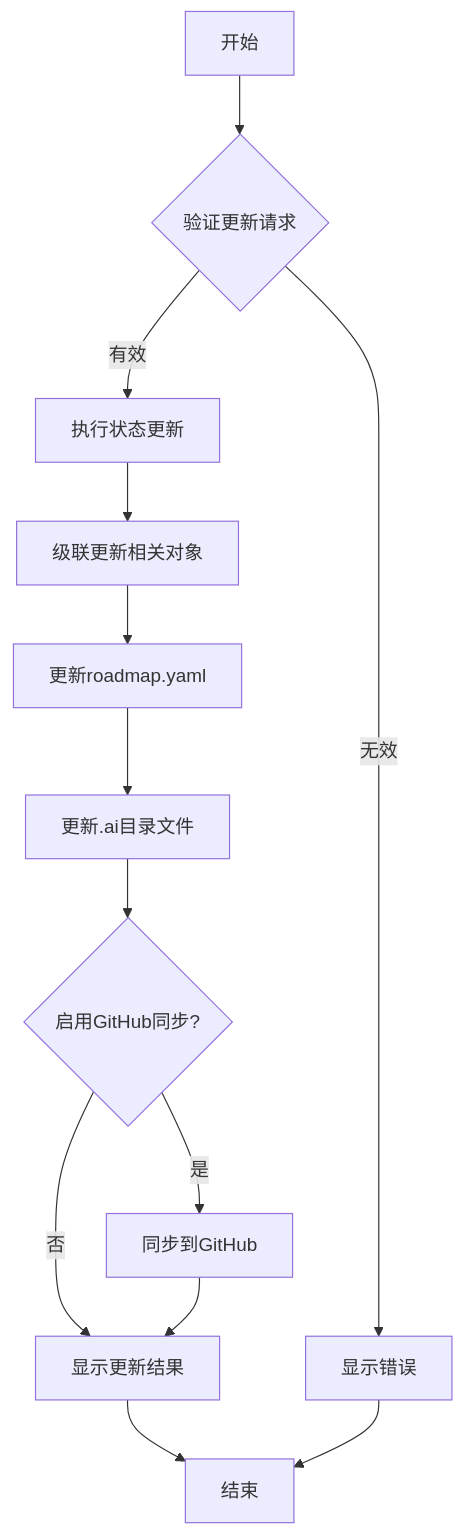
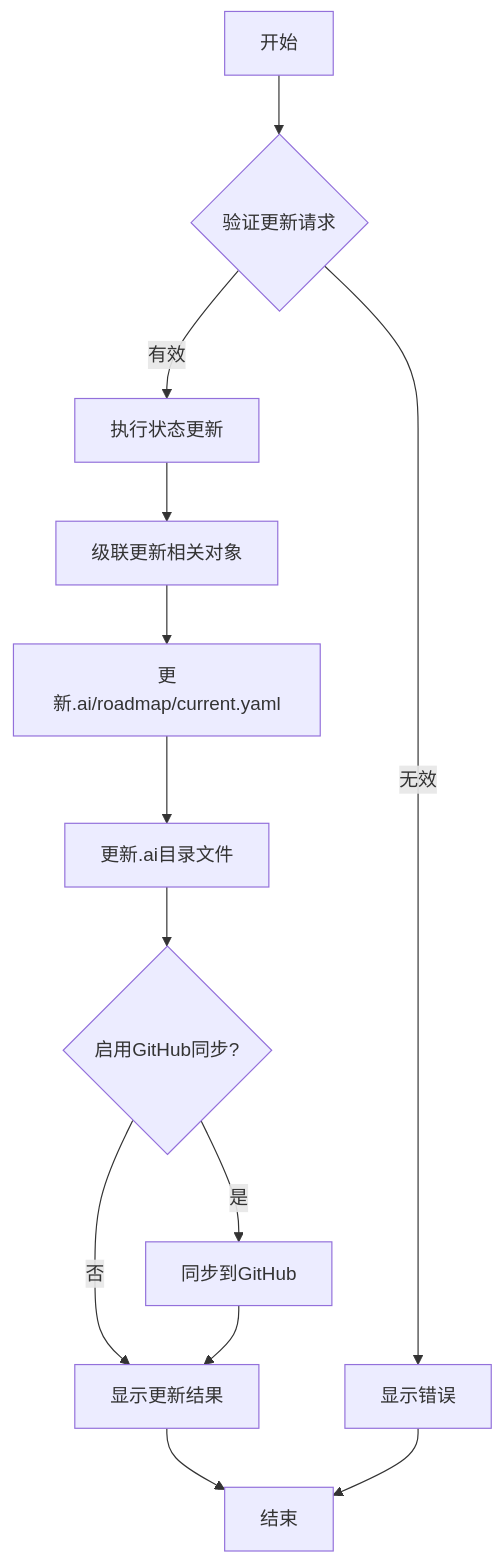
One commit to jacobcy/VibeCopilot changed the second of 3 diagrams in .cursor/rules/command-rules/update-command.mdc. Above: the diagram before and after it, drawn with Mermaid. The commit also changed other lines of this file and 63 other files, not shown here.

````diff
--- a/.cursor/rules/command-rules/update-command.mdc
+++ b/.cursor/rules/command-rules/update-command.mdc
@@ -81,15 +90,15 @@
 ```mermaid
 flowchart TD
     A[开始] --> B{验证更新请求}
     B -->|有效| C[执行状态更新]
     B -->|无效| G[显示错误]
     C --> D[级联更新相关对象]
-    D --> E1[更新roadmap.yaml]
+    D --> E1[更新.ai/roadmap/current.yaml]
     E1 --> E2[更新.ai目录文件]
     E2 --> E3{启用GitHub同步?}
     E3 -->|是| E4[同步到GitHub]
     E3 -->|否| F[显示更新结果]
     E4 --> F
     F --> H[结束]
     G --> H
 ```
````
